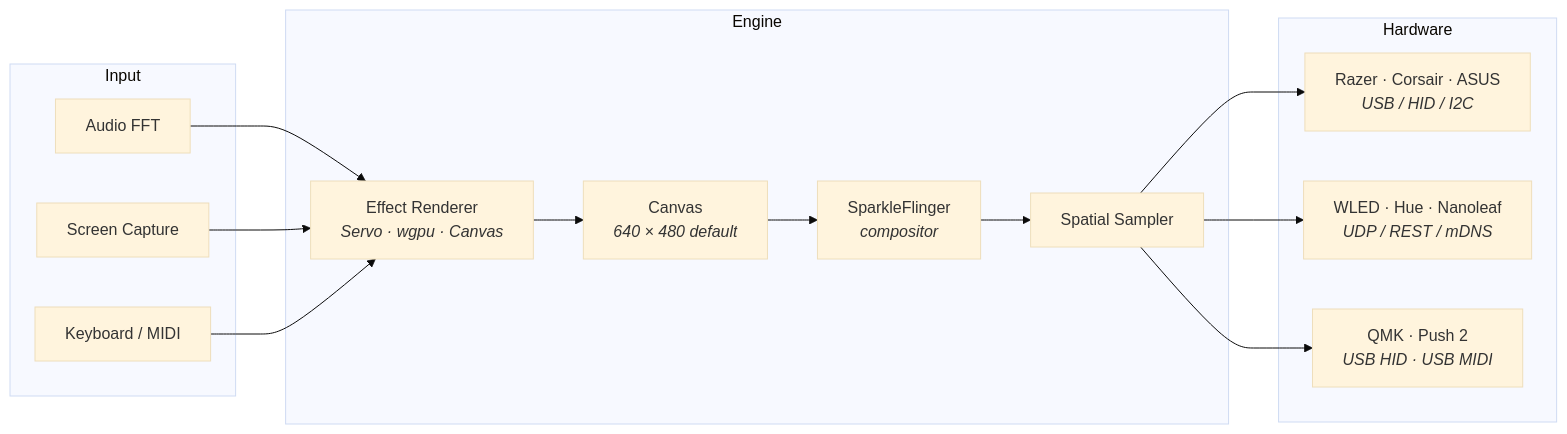
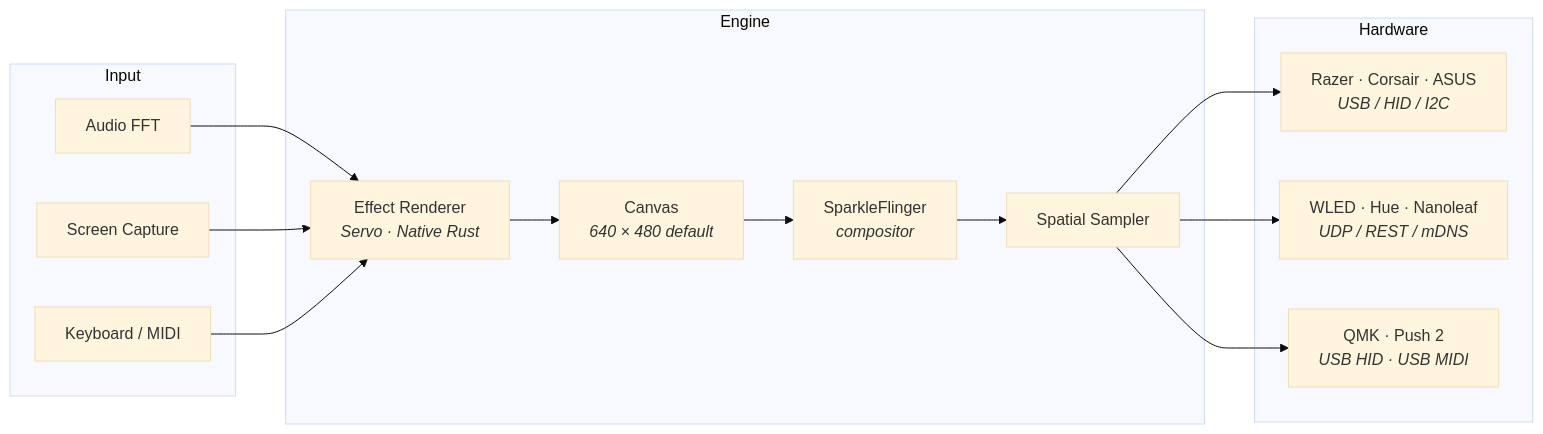
The first of 2 diagrams in README.md (hyperb1iss/hypercolor), drawn with Mermaid (base theme) before and after one commit. The commit also changed other lines of this file and 23 other files, not shown here.

````diff
--- a/README.md
+++ b/README.md
@@ -59,25 +59,25 @@
 ```mermaid
 graph LR
     subgraph Input
         A[Audio FFT]
         B[Screen Capture]
         C[Keyboard / MIDI]
     end
 
     subgraph Engine
-        D[Effect Renderer<br><i>Servo · wgpu · Canvas</i>]
+        D[Effect Renderer<br><i>Servo · Native Rust</i>]
         E[Canvas<br><i>640 × 480 default</i>]
         SF[SparkleFlinger<br><i>compositor</i>]
         F[Spatial Sampler]
     end
 
     subgraph Hardware
         G[Razer · Corsair · ASUS<br><i>USB / HID / I2C</i>]
         H[WLED · Hue · Nanoleaf<br><i>UDP / REST / mDNS</i>]
         I[QMK · Push 2<br><i>USB HID · USB MIDI</i>]
     end
 
     A & B & C --> D
     D --> E --> SF --> F
     F --> G & H & I
 ```
````
